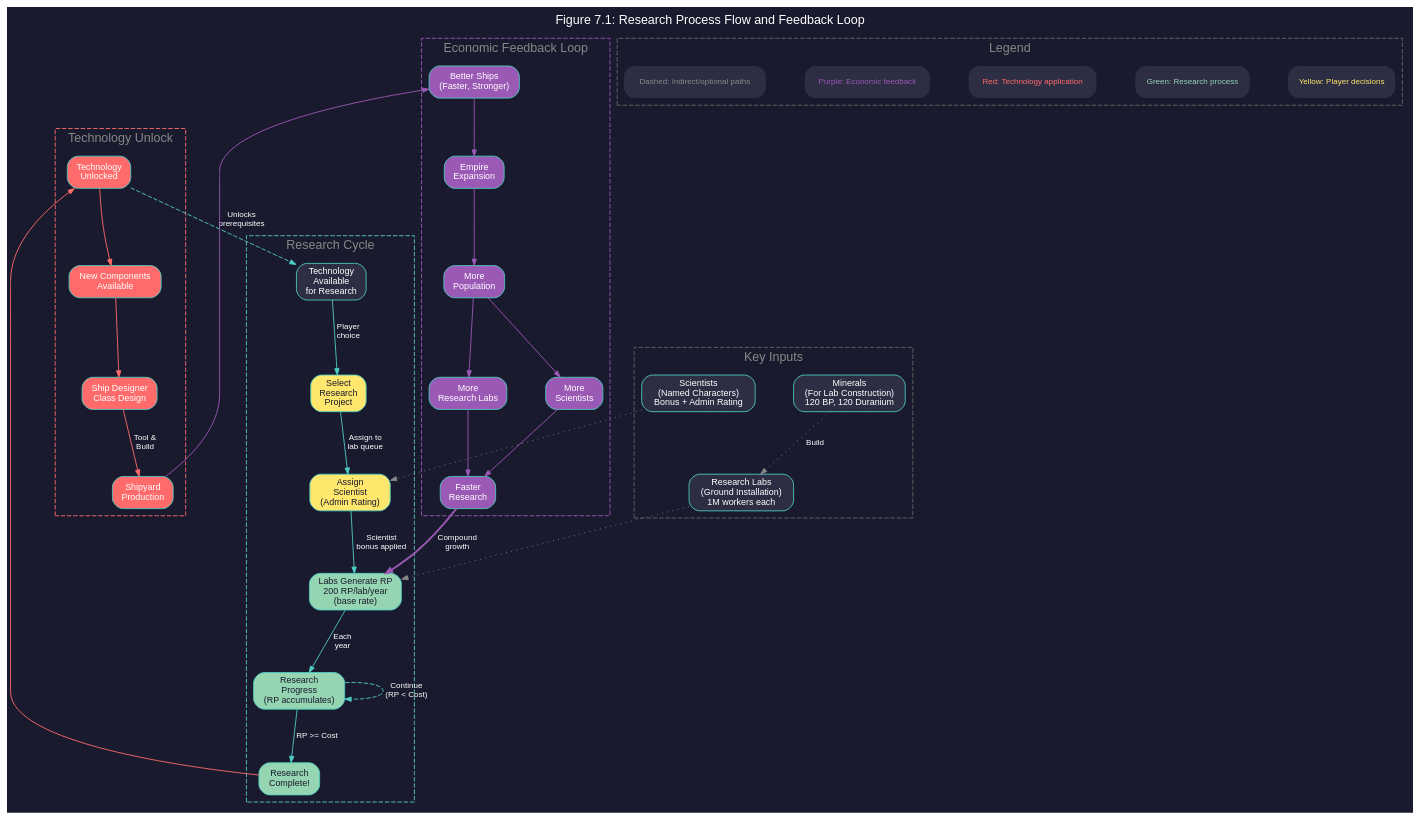
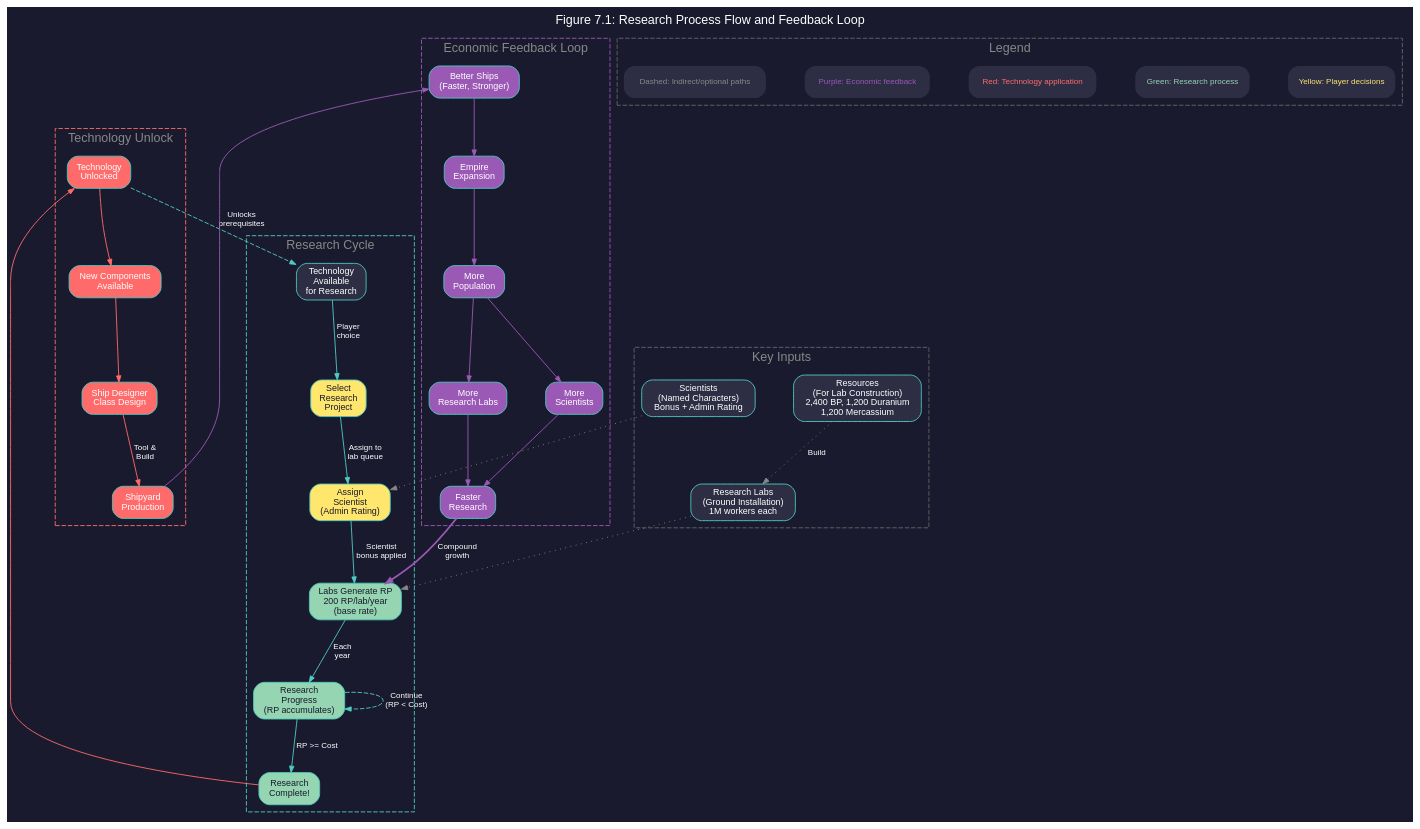
Before and after one commit to ErikEvenson/aurora-manual: the diagram in images/diagrams/7-research/7.1-research-process-flow.dot, drawn with Graphviz. The commit also changed 5 other files, not shown here.

First line of the commit message:
Fix remaining technology values and diagrams in Chapters 7 and 9

```diff
--- a/images/diagrams/7-research/7.1-research-process-flow.dot
+++ b/images/diagrams/7-research/7.1-research-process-flow.dot
@@ -1,127 +1,127 @@
 digraph ResearchProcessFlow {
     bgcolor="#1a1a2e"
     fontname="Helvetica"
     fontcolor="white"
     rankdir=TB
     nodesep=0.6
     ranksep=0.7
     compound=true
     label="Figure 7.1: Research Process Flow and Feedback Loop"
     labelloc=t
     fontsize=14
 
     node [
         fontname="Helvetica"
         fontsize=10
         fontcolor="white"
         color="#4ecdc4"
         fillcolor="#2d2d44"
         style="filled,rounded"
         shape=box
     ]
 
     edge [
         fontname="Helvetica"
         fontsize=9
         fontcolor="white"
         color="#4ecdc4"
         arrowsize=0.7
     ]
 
     // Main research cycle
     subgraph cluster_cycle {
         label="Research Cycle"
         fontcolor="#888888"
         color="#4ecdc4"
         style=dashed
 
         available [label="Technology\nAvailable\nfor Research" fillcolor="#2d2d44"]
         select [label="Select\nResearch\nProject" fillcolor="#ffe66d" fontcolor="#1a1a2e"]
         assign [label="Assign\nScientist\n(Admin Rating)" fillcolor="#ffe66d" fontcolor="#1a1a2e"]
         labs [label="Labs Generate RP\n200 RP/lab/year\n(base rate)" fillcolor="#95d5b2" fontcolor="#1a1a2e"]
         progress [label="Research\nProgress\n(RP accumulates)" fillcolor="#95d5b2" fontcolor="#1a1a2e"]
         complete [label="Research\nComplete!" fillcolor="#95d5b2" fontcolor="#1a1a2e"]
     }
 
     available -> select [label="Player\nchoice"]
     select -> assign [label="Assign to\nlab queue"]
     assign -> labs [label="Scientist\nbonus applied"]
     labs -> progress [label="Each\nyear"]
     progress -> complete [label="RP >= Cost"]
     progress -> progress [label="Continue\n(RP < Cost)" style=dashed]
 
     // Technology unlock
     subgraph cluster_unlock {
         label="Technology Unlock"
         fontcolor="#888888"
         color="#ff6b6b"
         style=dashed
 
         tech_unlocked [label="Technology\nUnlocked" fillcolor="#ff6b6b" fontcolor="white"]
         components [label="New Components\nAvailable" fillcolor="#ff6b6b" fontcolor="white"]
         ship_designer [label="Ship Designer\nClass Design" fillcolor="#ff6b6b" fontcolor="white"]
         production [label="Shipyard\nProduction" fillcolor="#ff6b6b" fontcolor="white"]
     }
 
     complete -> tech_unlocked [color="#ff6b6b"]
     tech_unlocked -> components [color="#ff6b6b"]
     components -> ship_designer [color="#ff6b6b"]
     ship_designer -> production [color="#ff6b6b" label="Tool &\nBuild"]
 
     // Unlock new research
     tech_unlocked -> available [label="Unlocks\nprerequisites" style=dashed color="#4ecdc4"]
 
     // Feedback loop (economy)
     subgraph cluster_feedback {
         label="Economic Feedback Loop"
         fontcolor="#888888"
         color="#9b59b6"
         style=dashed
 
         better_ships [label="Better Ships\n(Faster, Stronger)" fillcolor="#9b59b6" fontcolor="white"]
         expansion [label="Empire\nExpansion" fillcolor="#9b59b6" fontcolor="white"]
         more_pop [label="More\nPopulation" fillcolor="#9b59b6" fontcolor="white"]
         more_labs [label="More\nResearch Labs" fillcolor="#9b59b6" fontcolor="white"]
         more_scientists [label="More\nScientists" fillcolor="#9b59b6" fontcolor="white"]
         faster_research [label="Faster\nResearch" fillcolor="#9b59b6" fontcolor="white"]
     }
 
     production -> better_ships [color="#9b59b6"]
     better_ships -> expansion [color="#9b59b6"]
     expansion -> more_pop [color="#9b59b6"]
     more_pop -> more_labs [color="#9b59b6"]
     more_pop -> more_scientists [color="#9b59b6"]
     more_labs -> faster_research [color="#9b59b6"]
     more_scientists -> faster_research [color="#9b59b6"]
     faster_research -> labs [color="#9b59b6" style=bold label="Compound\ngrowth"]
 
     // Key inputs
     subgraph cluster_inputs {
         label="Key Inputs"
         fontcolor="#888888"
         color="#666666"
         style=dashed
 
         input_labs [label="Research Labs\n(Ground Installation)\n1M workers each" fillcolor="#2d2d44"]
         input_scientist [label="Scientists\n(Named Characters)\nBonus + Admin Rating" fillcolor="#2d2d44"]
-        input_minerals [label="Minerals\n(For Lab Construction)\n120 BP, 120 Duranium" fillcolor="#2d2d44"]
+        input_minerals [label="Resources\n(For Lab Construction)\n2,400 BP, 1,200 Duranium\n1,200 Mercassium" fillcolor="#2d2d44"]
     }
 
     input_labs -> labs [style=dotted color="#888888"]
     input_scientist -> assign [style=dotted color="#888888"]
     input_minerals -> input_labs [style=dotted color="#888888" label="Build"]
 
     // Legend
     subgraph cluster_legend {
         label="Legend"
         fontcolor="#888888"
         color="#666666"
         style=dashed
 
         leg1 [label="Yellow: Player decisions" shape=none fontsize=9 fontcolor="#ffe66d"]
         leg2 [label="Green: Research process" shape=none fontsize=9 fontcolor="#95d5b2"]
         leg3 [label="Red: Technology application" shape=none fontsize=9 fontcolor="#ff6b6b"]
         leg4 [label="Purple: Economic feedback" shape=none fontsize=9 fontcolor="#9b59b6"]
         leg5 [label="Dashed: Indirect/optional paths" shape=none fontsize=9 fontcolor="#888888"]
     }
 }
```
